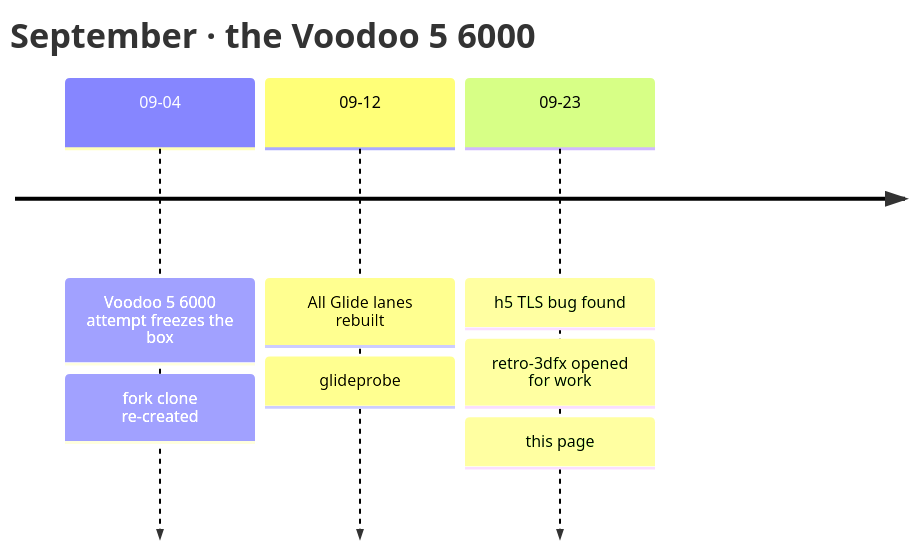
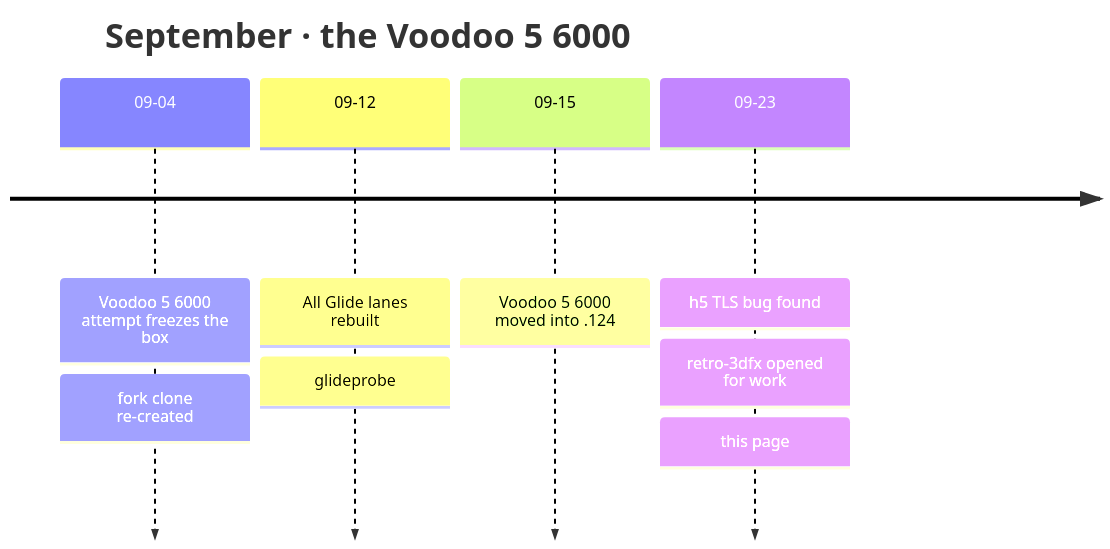
One commit to voidsstr/retro-agent changed diagram 12 of 14 in voodoo-cleanroom/README.md. Above: the diagram before and after it, drawn with Mermaid. The commit also changed other lines of this file and 7 other files, not shown here.

````diff
--- a/voodoo-cleanroom/README.md
+++ b/voodoo-cleanroom/README.md
@@ -1109,7 +1304,8 @@
 ```mermaid
 timeline
     title September · the Voodoo 5 6000
     09-04 : Voodoo 5 6000 attempt freezes the box : fork clone re-created
     09-12 : All Glide lanes rebuilt : glideprobe
+    09-15 : Voodoo 5 6000 moved into .124
     09-23 : h5 TLS bug found : retro-3dfx opened for work : this page
 ```
````
